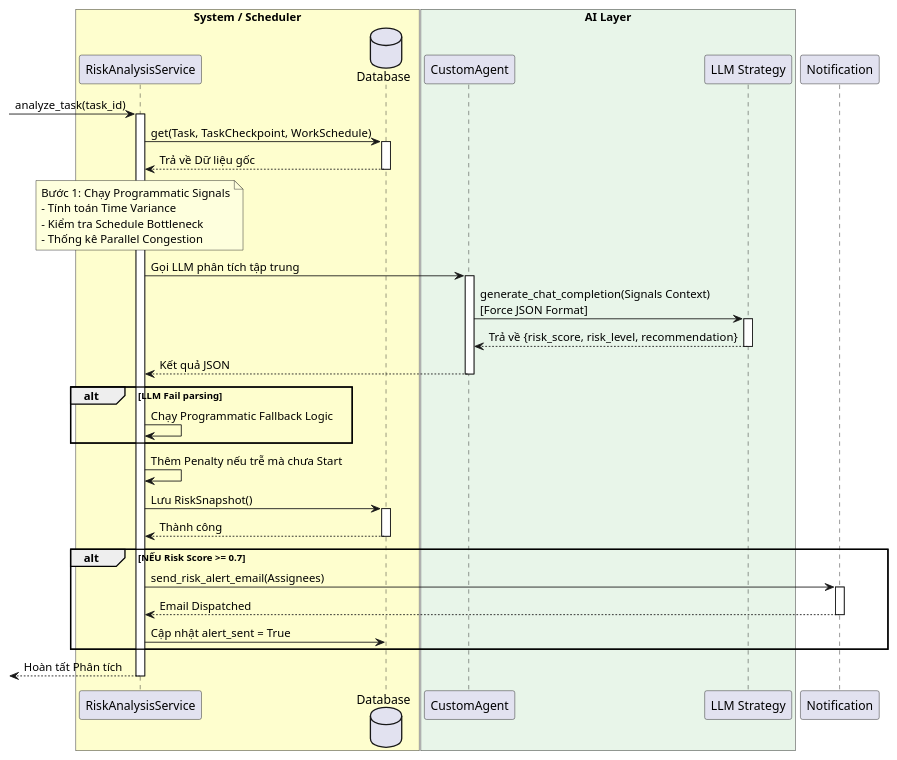
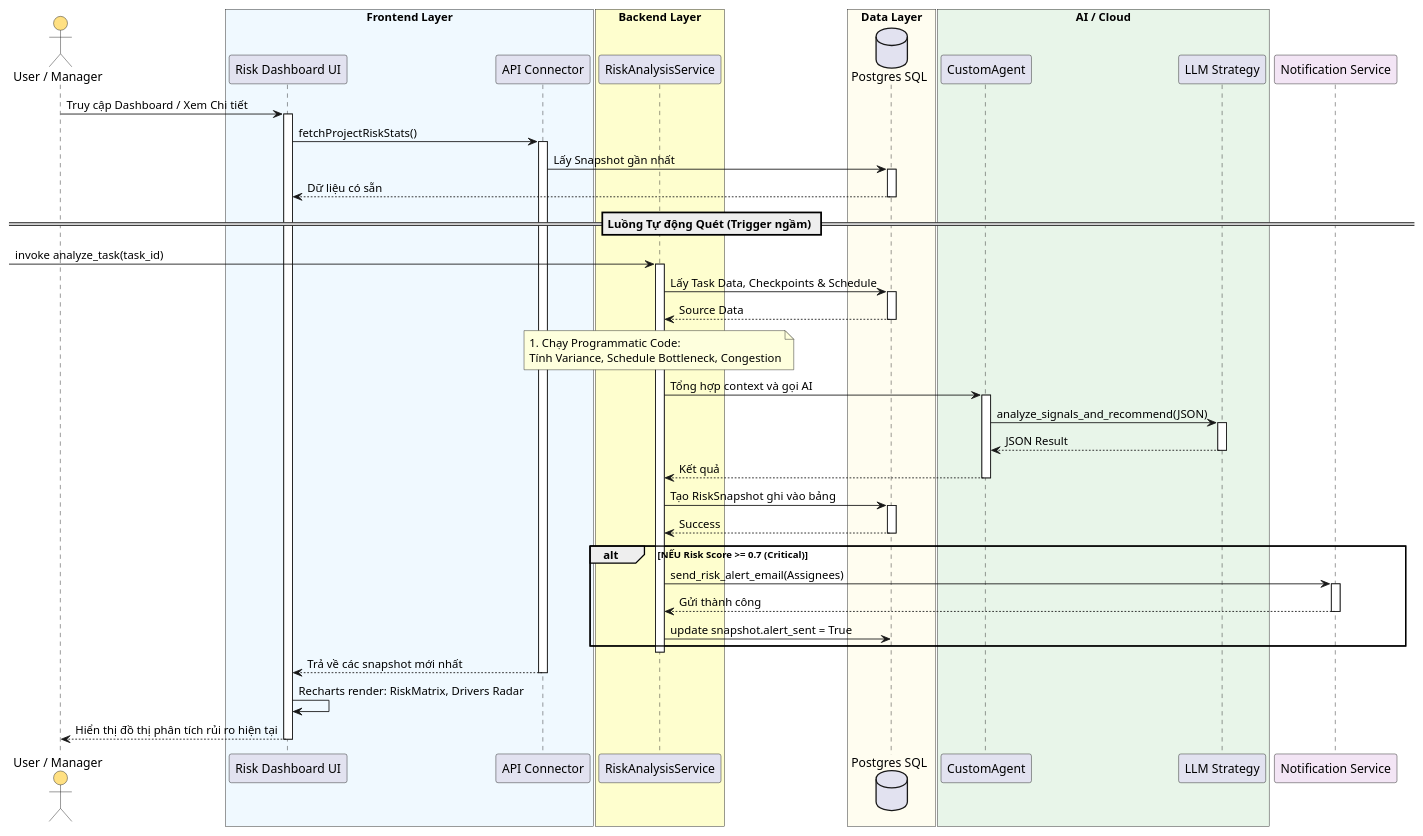
The fourth of 5 diagrams in docs/04_ai_agent_services.md (daFoggo/Agentick), drawn with PlantUML before and after one commit. The commit also changed other lines of this file and 133 other files, not shown here.

````diff
--- a/docs/04_ai_agent_services.md
+++ b/docs/04_ai_agent_services.md
@@ -218,59 +280,77 @@
 ```plantuml
 @startuml
 skinparam shadowing false
+skinparam ActorBackgroundColor #FFE082
 
-box "System / Scheduler" #FEFECE
-    participant "RiskAnalysisService" as RAS
-    database "Database" as DB
+actor "User / Manager" as USER
+
+box "Frontend Layer" #F0F9FF
+    participant "Risk Dashboard UI" as FE
+    participant "API Connector" as CONN
 end box
 
-box "AI Layer" #E8F5E9
+box "Backend Layer" #FEFECE
+    participant "RiskAnalysisService" as RAS
+end box
+
+box "Data Layer" #FFFDF0
+    database "Postgres SQL" as DB
+end box
+
+box "AI / Cloud" #E8F5E9
     participant "CustomAgent" as CA
     participant "LLM Strategy" as LLM
 end box
 
-participant "Notification" as NTF
+participant "Notification Service" as MAIL #F3E5F5
 
-[-> RAS : analyze_task(task_id)
-activate RAS
-
-RAS -> DB : get(Task, TaskCheckpoint, WorkSchedule)
+USER -> FE : Truy cập Dashboard / Xem Chi tiết
+activate FE
+FE -> CONN : fetchProjectRiskStats()
+activate CONN
+CONN -> DB : Lấy Snapshot gần nhất
 activate DB
-DB --> RAS : Trả về Dữ liệu gốc
+DB --> FE : Dữ liệu có sẵn
 deactivate DB
 
-note over RAS: Bước 1: Chạy Programmatic Signals\n- Tính toán Time Variance\n- Kiểm tra Schedule Bottleneck\n- Thống kê Parallel Congestion
+== Luồng Tự động Quét (Trigger ngầm) ==
+[-> RAS : invoke analyze_task(task_id)
+activate RAS
+RAS -> DB : Lấy Task Data, Checkpoints & Schedule
+activate DB
+DB --> RAS : Source Data
+deactivate DB
 
-RAS -> CA : Gọi LLM phân tích tập trung
+note over RAS: 1. Chạy Programmatic Code:\nTính Variance, Schedule Bottleneck, Congestion
+
+RAS -> CA : Tổng hợp context và gọi AI
 activate CA
-CA -> LLM : generate_chat_completion(Signals Context)\n[Force JSON Format]
+CA -> LLM : analyze_signals_and_recommend(JSON)
 activate LLM
-LLM --> CA : Trả về {risk_score, risk_level, recommendation}
+LLM --> CA : JSON Result
 deactivate LLM
-CA --> RAS : Kết quả JSON
+CA --> RAS : Kết quả
 deactivate CA
 
-alt LLM Fail parsing
-    RAS -> RAS : Chạy Programmatic Fallback Logic
-end
-
-RAS -> RAS : Thêm Penalty nếu trễ mà chưa Start
-
-RAS -> DB : Lưu RiskSnapshot()
+RAS -> DB : Tạo RiskSnapshot ghi vào bảng
 activate DB
-DB --> RAS : Thành công
+DB --> RAS : Success
 deactivate DB
 
-alt NẾU Risk Score >= 0.7
-    RAS -> NTF : send_risk_alert_email(Assignees)
-    activate NTF
-    NTF --> RAS : Email Dispatched
-    deactivate NTF
-    RAS -> DB : Cập nhật alert_sent = True
+alt NẾU Risk Score >= 0.7 (Critical)
+    RAS -> MAIL : send_risk_alert_email(Assignees)
+    activate MAIL
+    MAIL --> RAS : Gửi thành công
+    deactivate MAIL
+    RAS -> DB : update snapshot.alert_sent = True
 end
+deactivate RAS
 
-[<-- RAS : Hoàn tất Phân tích
-deactivate RAS
+CONN --> FE : Trả về các snapshot mới nhất
+deactivate CONN
+FE -> FE : Recharts render: RiskMatrix, Drivers Radar
+FE --> USER : Hiển thị đồ thị phân tích rủi ro hiện tại
+deactivate FE
 
 @enduml
 ```
````
